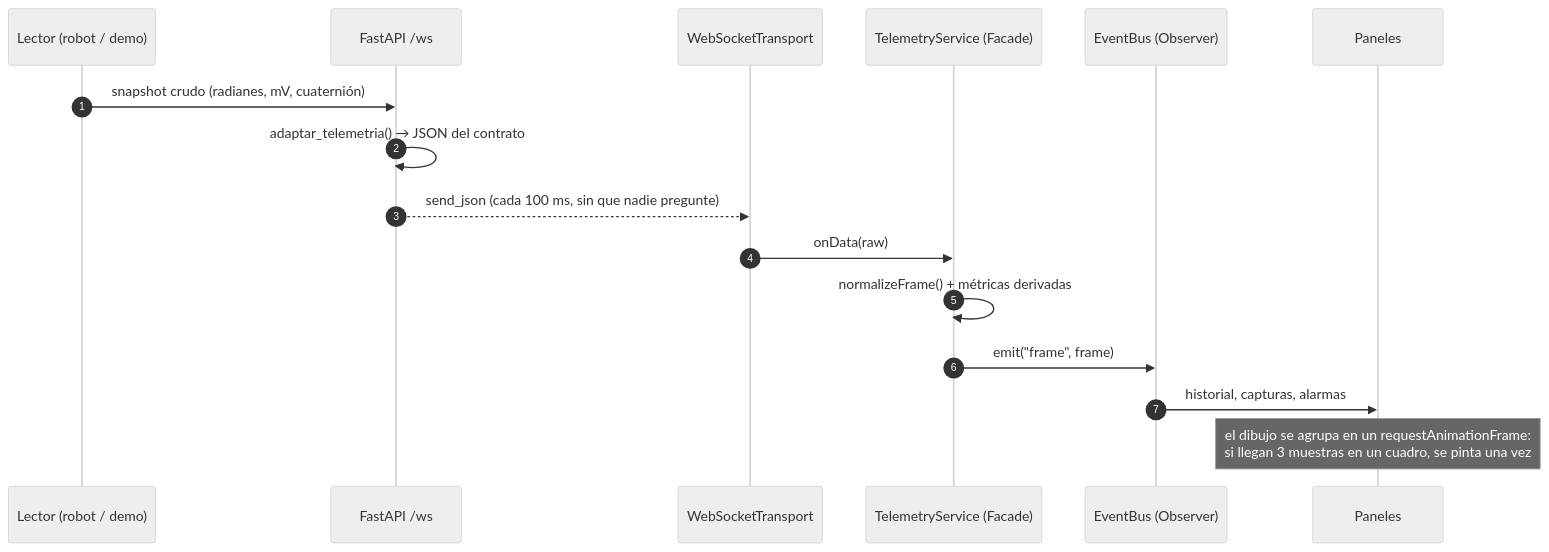
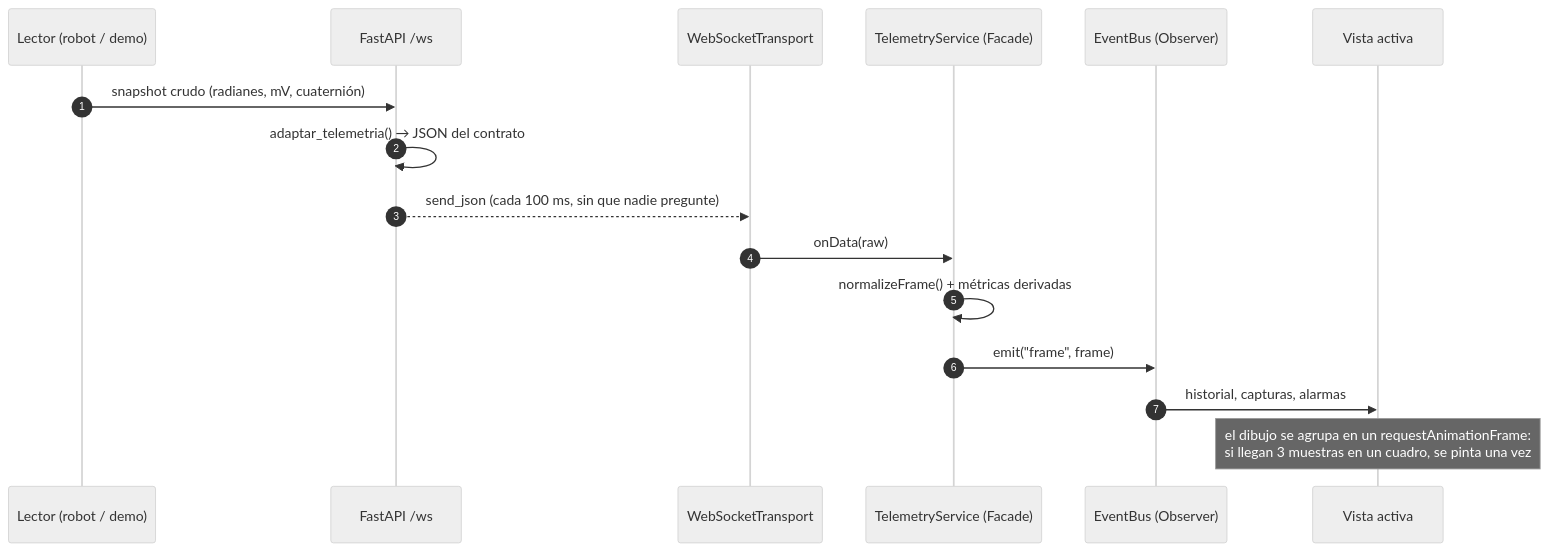
The third of 3 diagrams in README.md (carlos-illobre/robot), drawn with Mermaid (neutral theme) before and after one commit. The commit also changed other lines of this file and 4 other files, not shown here.

````diff
--- a/README.md
+++ b/README.md
@@ -661,19 +685,19 @@
 ```mermaid
 sequenceDiagram
   autonumber
   participant Robot as Lector (robot / demo)
   participant API as FastAPI /ws
   participant WS as WebSocketTransport
   participant TS as TelemetryService (Facade)
   participant Bus as EventBus (Observer)
-  participant UI as Paneles
+  participant UI as Vista activa
 
   Robot->>API: snapshot crudo (radianes, mV, cuaternión)
   API->>API: adaptar_telemetria() → JSON del contrato
   API-->>WS: send_json (cada 100 ms, sin que nadie pregunte)
   WS->>TS: onData(raw)
   TS->>TS: normalizeFrame() + métricas derivadas
   TS->>Bus: emit("frame", frame)
   Bus->>UI: historial, capturas, alarmas
   Note over UI: el dibujo se agrupa en un requestAnimationFrame:<br/>si llegan 3 muestras en un cuadro, se pinta una vez
 ```
````
